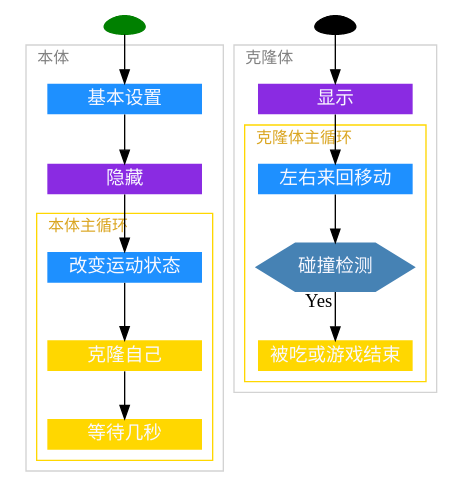
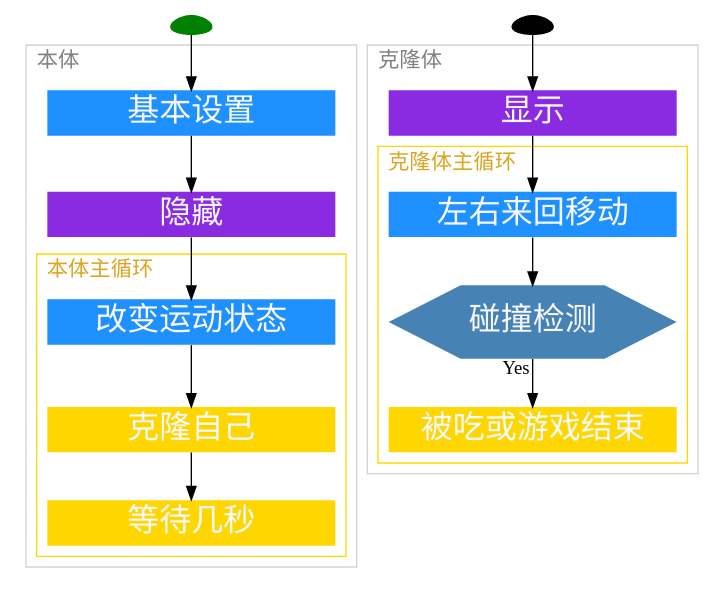
One commit to Gyoudmon/JrPLT.CAE changed the diagram in master/village/scratch/fishery/foodchain/clone.gv. Above: the diagram before and after it, drawn with Graphviz. The commit also changed 3 other files, not shown here.

```diff
--- a/master/village/scratch/fishery/foodchain/clone.gv
+++ b/master/village/scratch/fishery/foodchain/clone.gv
@@ -1,77 +1,77 @@
 /* CMD-SHIFT-V for preview */
 /* CMD-K Shift-V for realtime preview */
 
-digraph StageTree {
-    node [ style = filled, color = transparent, fontcolor = ghostwhite ];
+digraph CloneFlowChart {
+    node [ style = filled, color = transparent, fontcolor = ghostwhite, fontsize = 24 ];
 
     /* special nodes */
     node [ shape = egg, width = 0.4, height = 0.2 ];
     Self [ color = Green, label = "" ];
     Clone [ color = Black, label = "" ];
 
     /* conditional nodes */
-    node [ shape = hexagon, width = 1.618, height = 0.3, fillcolor = steelblue ];
+    node [ shape = hexagon, width = 3.0, height = 0.3, fillcolor = steelblue ];
     CollidingDetect [ label = "碰撞检测" ];
     
     /* Motion nodes */
     node [ shape = rect, fillcolor = DodgerBlue ];
     Self_Setup [ label = "基本设置" ];
     Alter [ label = "改变运动状态" ];
     LoopMove [ label = "左右来回移动" ];
 
     /* Looks nodes */
     node [ shape = rect, fillcolor = BlueViolet ];
     Hide [ label = "隐藏" ];
     Show [ label = "显示" ];
 
     /* Control nodes */
     node [ shape = rect, fillcolor = Gold ];
     Clone_Self [ label = "克隆自己" ];
     Wait_Self [ label = "等待几秒" ];
     Delete_Clone [ label = "被吃或游戏结束" ];
 
     /* edges */
     subgraph main {
         /* cluster attributes */
         bgcolor = white;
         color = LightGrey;
         fontcolor = Grey;
-        fontsize = 12;
+        fontsize = 16;
             
         subgraph cluster_self {
             label = "本体";
             labeljust = l;
             
             Self_Setup -> Hide -> Alter;
 
             subgraph cluster_self_loop {
                 label = "本体主循环";
                 labeljust = l;
                 fontcolor = Goldenrod;
                 color = Gold;
             
                 Alter -> Clone_Self -> Wait_Self;
             }
         }
 
         subgraph cluster_clone {
             label = "克隆体";
             labeljust = l;
 
             Show -> LoopMove;
 
             subgraph cluster_clone_loop {
                 label = "克隆体主循环";
                 labeljust = l;
                 fontcolor = Goldenrod;
                 color = Gold;
 
                 LoopMove -> CollidingDetect;
                 CollidingDetect -> Delete_Clone [ taillabel = "Yes" ];
             }
         }
 
         Self -> Self_Setup;
         Clone -> Show;
     }
 }
```
